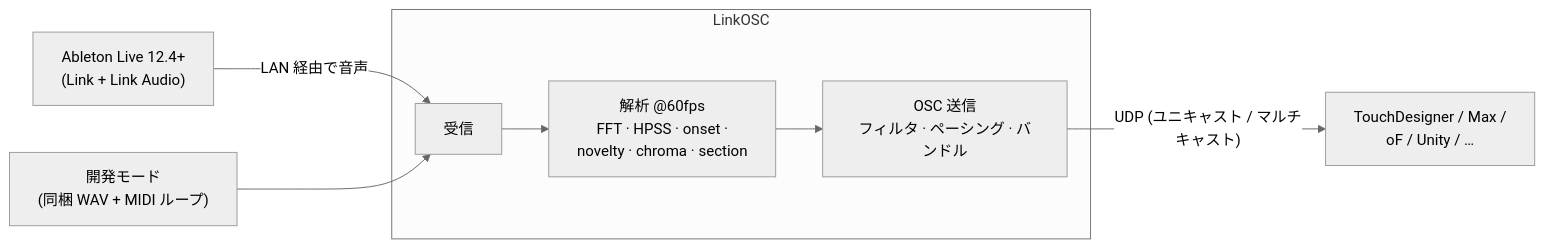
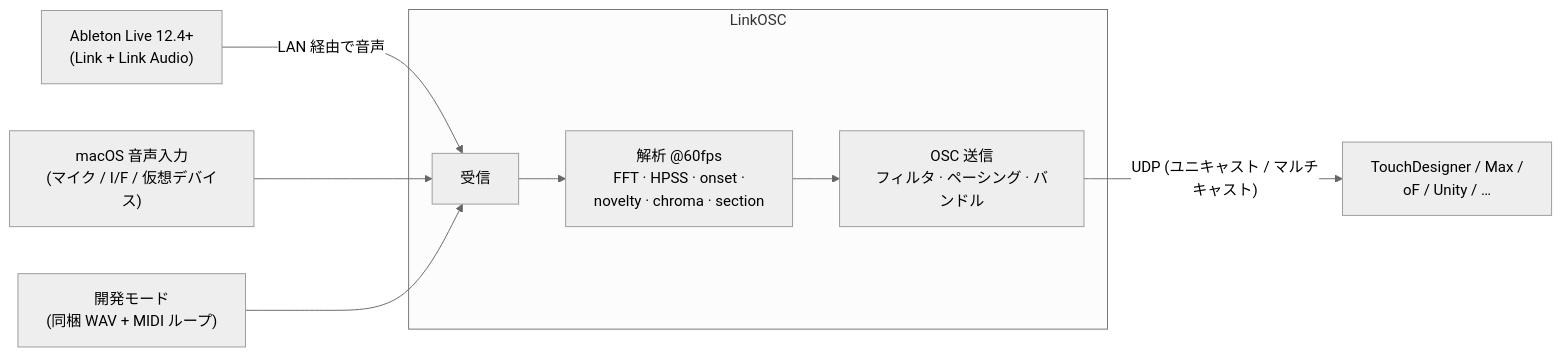
One commit to daitomanabe/link-osc-app changed the diagram in docs/MANUAL.ja.md. Above: the diagram before and after it, drawn with Mermaid (neutral theme). The commit also changed other lines of this file and 9 other files, not shown here.

````diff
--- a/docs/MANUAL.ja.md
+++ b/docs/MANUAL.ja.md
@@ -10,10 +10,11 @@
 ```mermaid
 flowchart LR
     Live["Ableton Live 12.4+<br/>(Link + Link Audio)"] -- "LAN 経由で音声" --> A
+    Input["macOS 音声入力<br/>(マイク / I/F / 仮想デバイス)"] --> A
     WAV["開発モード<br/>(同梱 WAV + MIDI ループ)"] --> A
     subgraph LinkOSC
         A["受信"] --> B["解析 @60fps<br/>FFT · HPSS · onset ·<br/>novelty · chroma · section"]
         B --> C["OSC 送信<br/>フィルタ · ペーシング · バンドル"]
     end
     C -- "UDP (ユニキャスト / マルチキャスト)" --> RX["TouchDesigner / Max /<br/>oF / Unity / …"]
 ```
````
